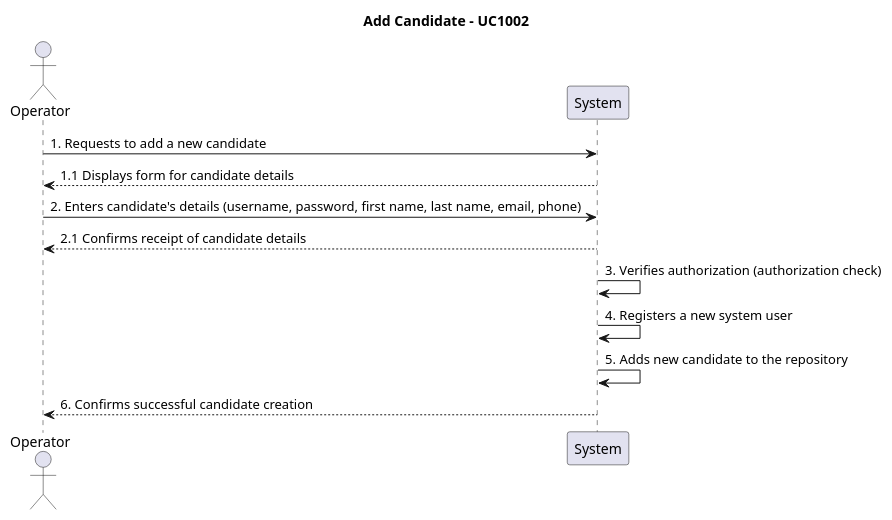
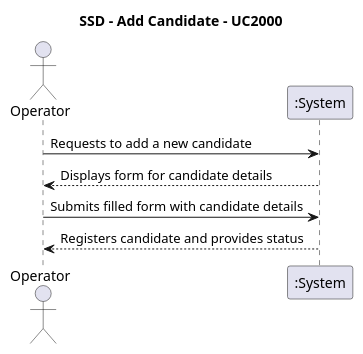
The diagram in docs/sprintB/US2000/A/SSD.puml (Mendoncaa/LAPR4), drawn with PlantUML before and after one commit. The commit also changed 11 other files, not shown here.

```diff
--- a/docs/sprintB/US2000/A/SSD.puml
+++ b/docs/sprintB/US2000/A/SSD.puml
@@ -1,26 +1,12 @@
 @startuml
-title Add Candidate - UC1002
+title SSD - Add Candidate - UC2000
 
-actor Operator as "Operator"
+actor "Operator" as user
 
-participant System
+user -> ":System": Requests to add a new candidate
+":System" --> user: Displays form for candidate details
 
-' Step 1: Operator requests to add a new candidate
-Operator -> System: 1. Requests to add a new candidate
-System --> Operator: 1.1 Displays form for candidate details
-
-' Step 2: Operator provides candidate details
-Operator -> System: 2. Enters candidate's details (username, password, first name, last name, email, phone)
-System --> Operator: 2.1 Confirms receipt of candidate details
-
-' Step 3: System verifies authorization
-System -> System: 3. Verifies authorization (authorization check)
-
-' Step 4: System creates a new system user and candidate
-System -> System: 4. Registers a new system user
-System -> System: 5. Adds new candidate to the repository
-
-' Step 5: Confirmation of successful candidate creation
-System --> Operator: 6. Confirms successful candidate creation
+user -> ":System": Submits filled form with candidate details
+":System" --> user: Registers candidate and provides status
 
 @enduml
```
